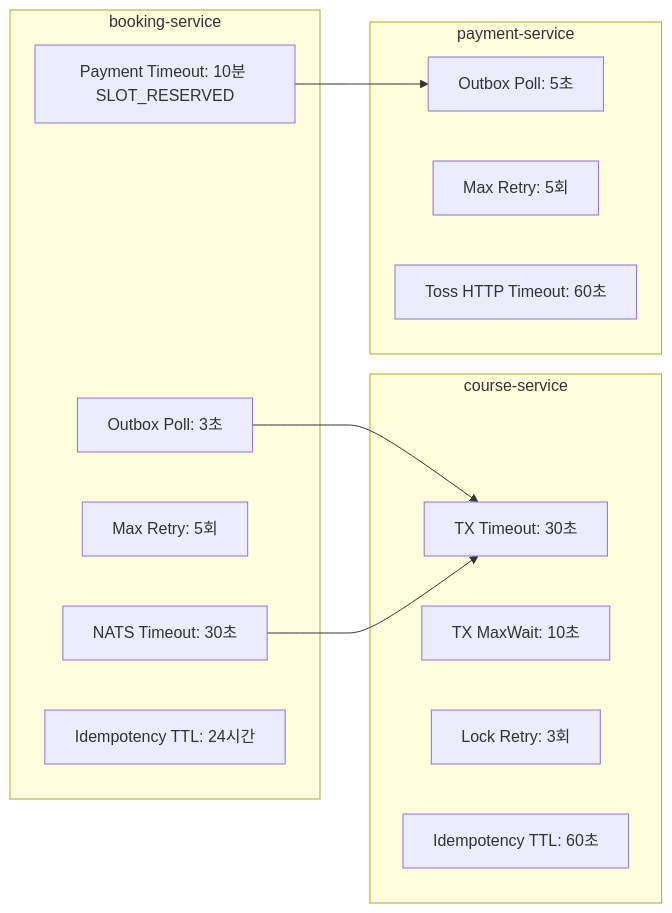
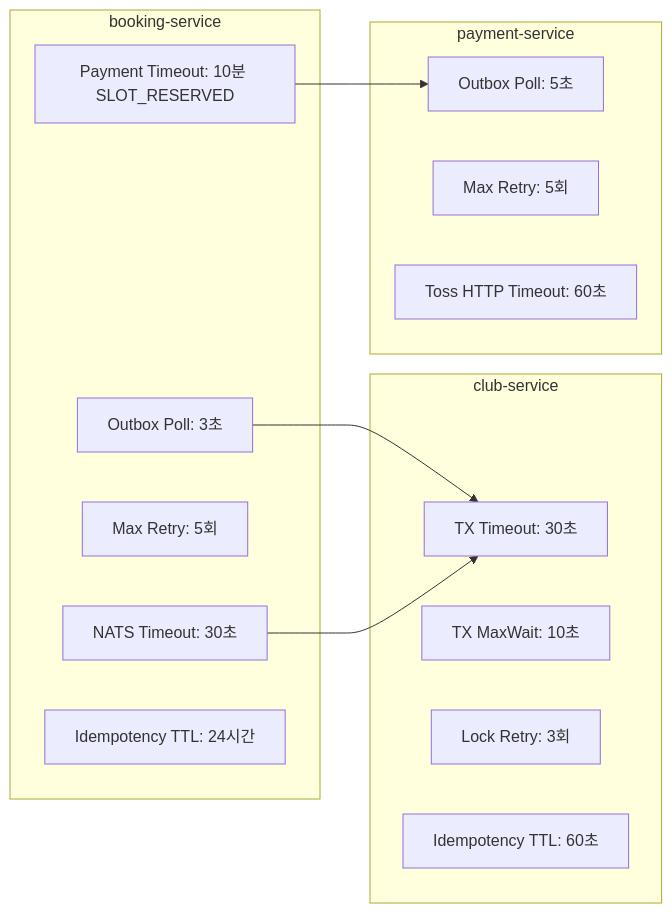
Before and after one commit to uniyous/parkgolf-platform: the seventh of 15 diagrams in docs/workflow/BOOKING.md, drawn with Mermaid. The commit also changed other lines of this file and 130 other files, not shown here.

First line of the commit message:
refactor(infra): course-service → club-service 풀 리네임 (UNI-80)

````diff
--- a/docs/workflow/BOOKING.md
+++ b/docs/workflow/BOOKING.md
@@ -432,27 +432,27 @@
 ```mermaid
 flowchart LR
     subgraph "booking-service"
         A[Outbox Poll: 3초]
         B[NATS Timeout: 30초]
         C[Max Retry: 5회]
         D2[Payment Timeout: 10분 SLOT_RESERVED]
         E[Idempotency TTL: 24시간]
     end
 
-    subgraph "course-service"
+    subgraph "club-service"
         F[TX Timeout: 30초]
         G[TX MaxWait: 10초]
         H[Lock Retry: 3회]
         I[Idempotency TTL: 60초]
     end
 
     subgraph "payment-service"
         J[Outbox Poll: 5초]
         K[Max Retry: 5회]
         L[Toss HTTP Timeout: 60초]
     end
 
     A --> F
     B --> F
     D2 --> J
 ```
````
